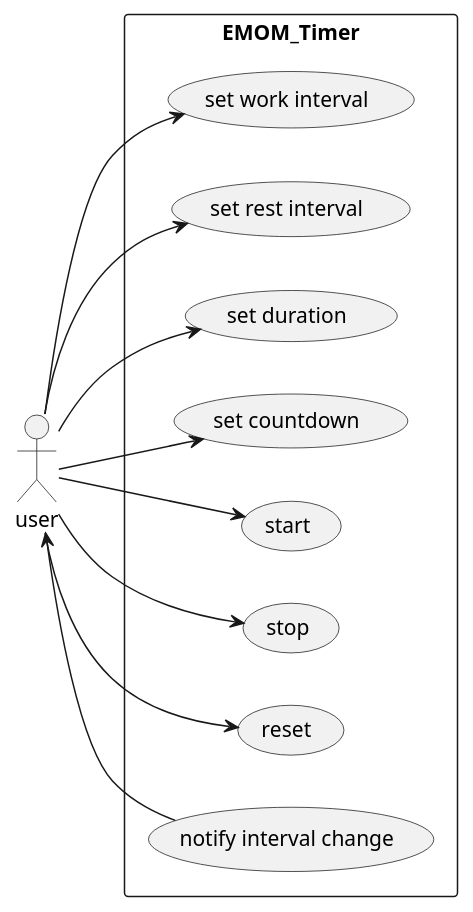
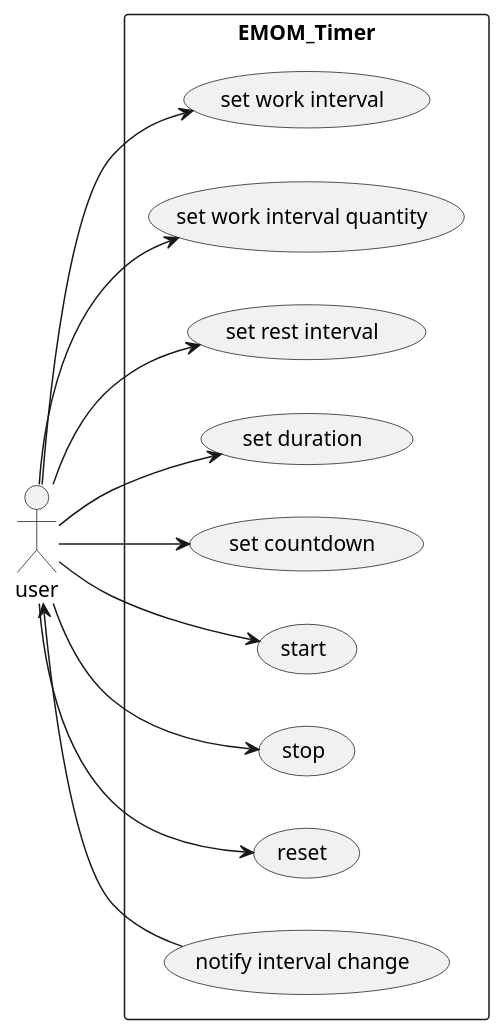
The diagram in UML_Diagrams/UseCase.puml (mcdigregorio/EMOM_Timer), drawn with PlantUML before and after one commit.

Commit message:
Add set work interval quantity

```diff
--- a/UML_Diagrams/UseCase.puml
+++ b/UML_Diagrams/UseCase.puml
@@ -1,14 +1,15 @@
 @startuml
 left to right direction
 actor user
 rectangle EMOM_Timer{
 user-->(set work interval)
+user-->(set work interval quantity)
 user-->(set rest interval)
 user-->(set duration)
 user-->(set countdown)
 user-->(start)
 user-->(stop)
 user-->(reset)
 (notify interval change)-->user
 }
 @enduml
```
